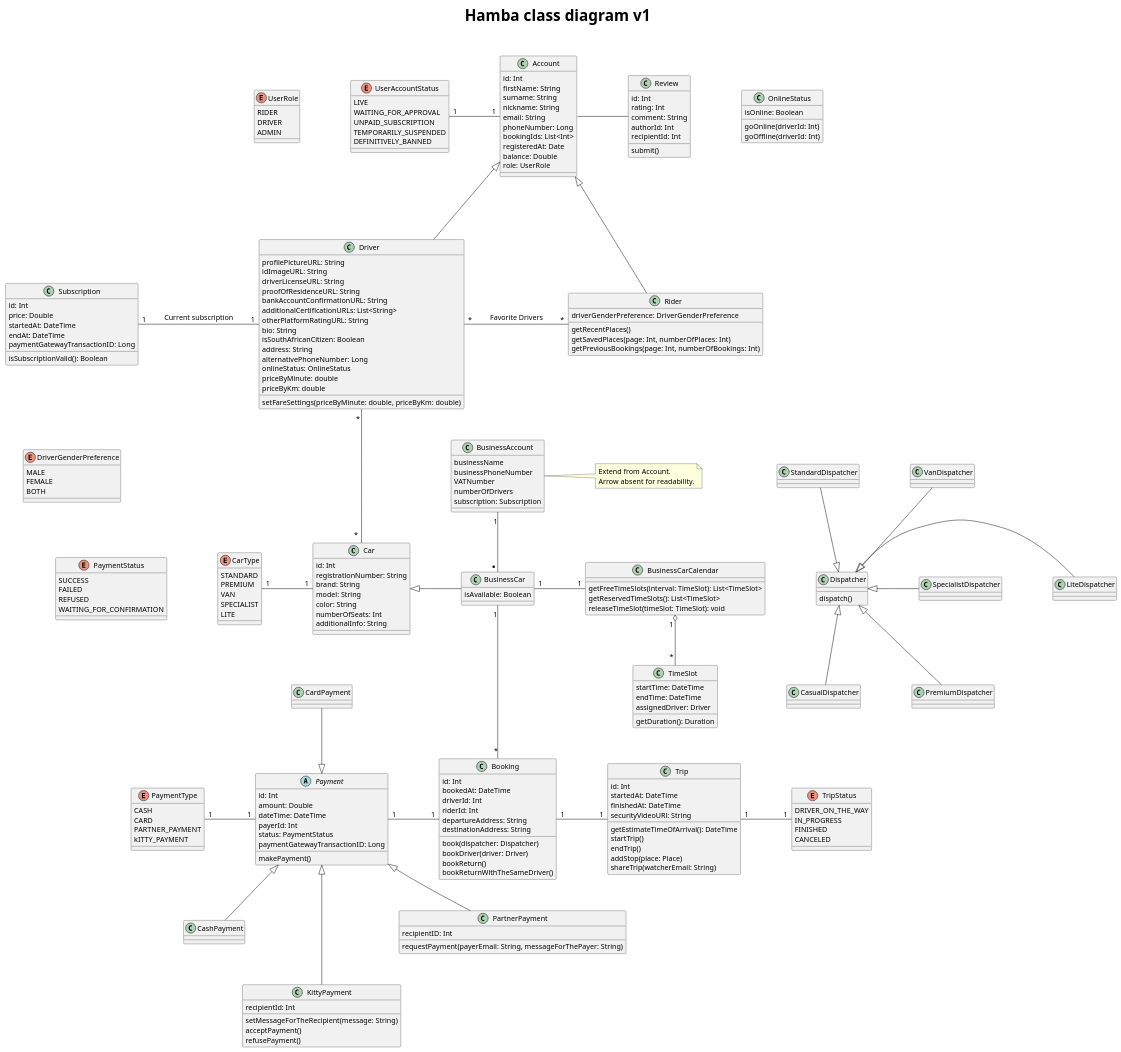
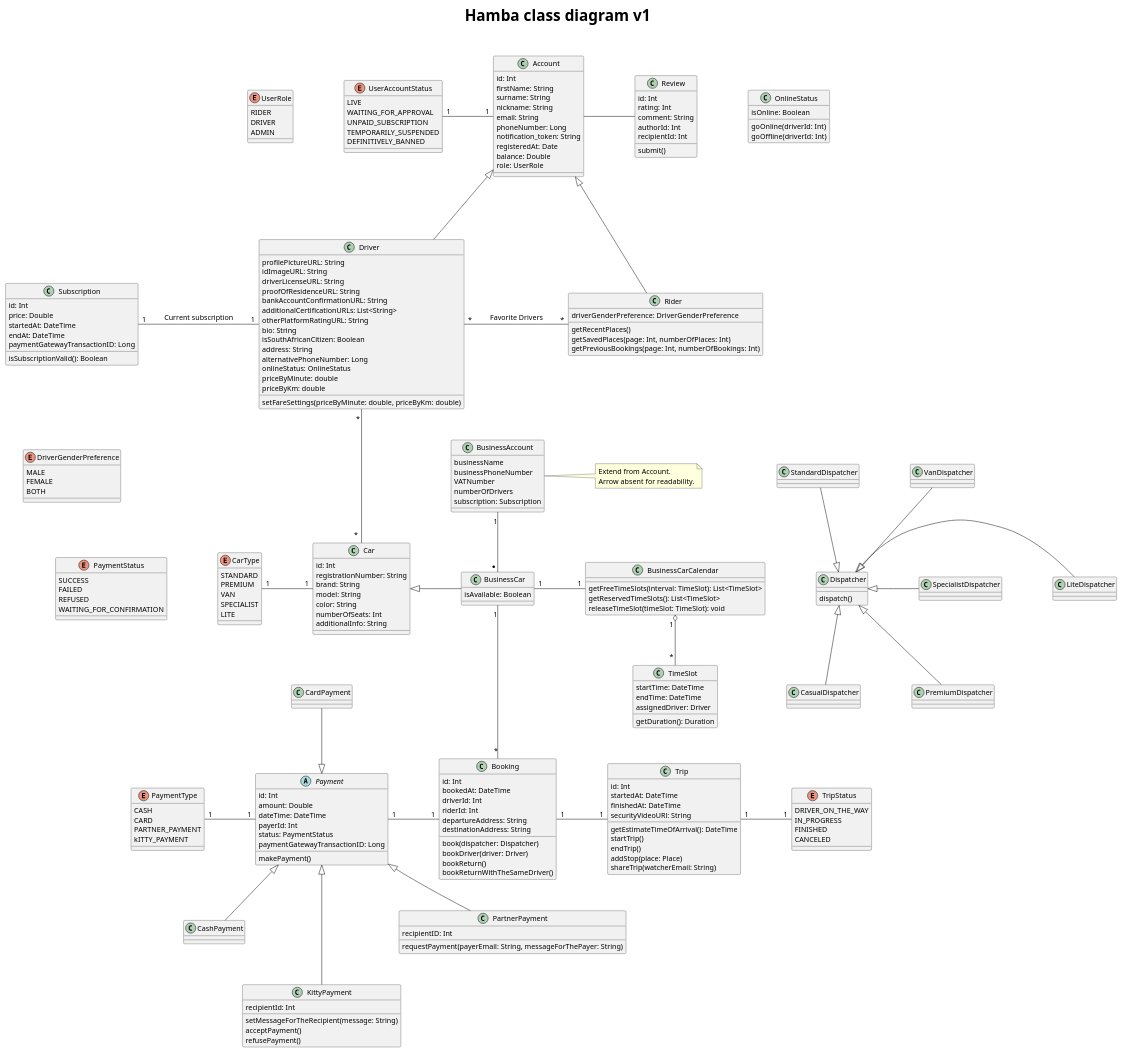
The diagram in diagrams/code/class_digram.puml (sitatec/OpenTaxi), drawn with PlantUML before and after one commit. The commit also changed 11 other files, not shown here.

```diff
--- a/diagrams/code/class_digram.puml
+++ b/diagrams/code/class_digram.puml
@@ -12,7 +12,7 @@
     nickname: String
     email: String
     phoneNumber: Long
-    bookingIds: List<Int>
+    notification_token: String
     registeredAt: Date
     balance: Double
     role: UserRole
```
